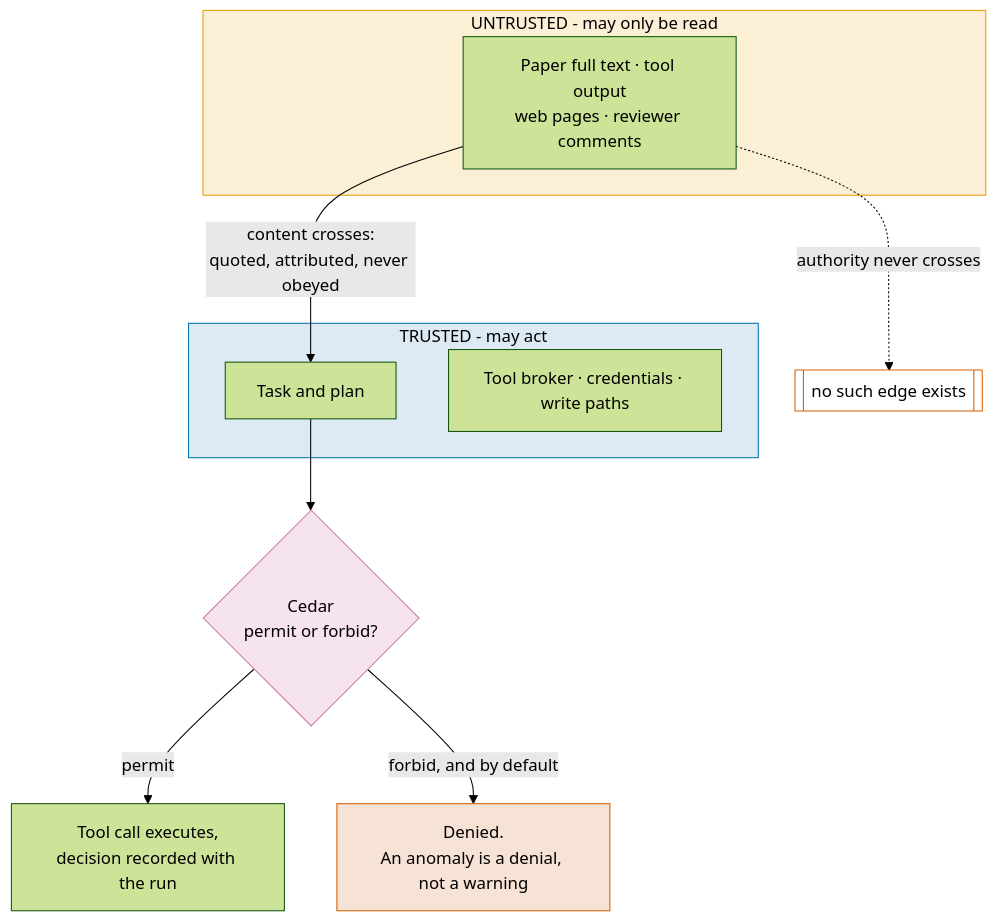
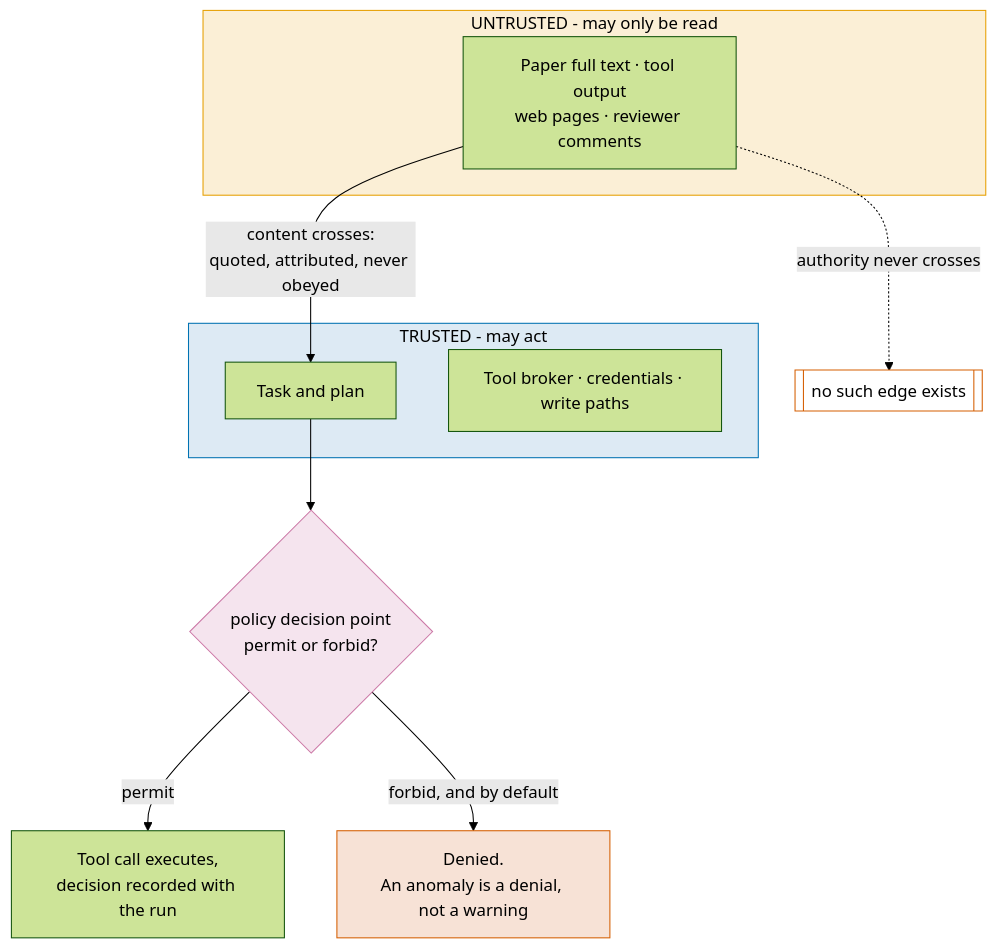
One commit to furkanhanilci/AETHRION changed the eighth of 16 diagrams in vault_baseline/10 - Projects/AETHRION/aethrion_repository_index.md. Above: the diagram before and after it, drawn with Mermaid (forest theme). The commit also changed other lines of this file and 824 other files, not shown here.

````diff
--- a/vault_baseline/10 - Projects/AETHRION/aethrion_repository_index.md
+++ b/vault_baseline/10 - Projects/AETHRION/aethrion_repository_index.md
@@ -388,20 +469,20 @@
 ```mermaid
 flowchart TD
     subgraph TRUST["TRUSTED - may act"]
         T1["Task and plan"]
         T2["Tool broker · credentials · write paths"]
     end
     subgraph DATA["UNTRUSTED - may only be read"]
         U1["Paper full text · tool output<br/>web pages · reviewer comments"]
     end
     U1 -->|"content crosses:<br/>quoted, attributed, never obeyed"| T1
     U1 -.->|"authority never crosses"| BLOCK[["no such edge exists"]]
-    T1 --> PDP{"Cedar<br/>permit or forbid?"}
+    T1 --> PDP{"policy decision point<br/>permit or forbid?"}
     PDP -->|"permit"| ACT["Tool call executes,<br/>decision recorded with the run"]
     PDP -->|"forbid, and by default"| DENY["Denied.<br/>An anomaly is a denial, not a warning"]
     style TRUST fill:#DDEAF4,stroke:#0072B2,color:#000
     style DATA fill:#FBEFD6,stroke:#E69F00,color:#000
     style PDP fill:#F5E4EE,stroke:#CC79A7,color:#000
     style DENY fill:#F7E2D6,stroke:#D55E00,color:#000
     style BLOCK fill:#FFFFFF,stroke:#D55E00,color:#000
 ```
````
